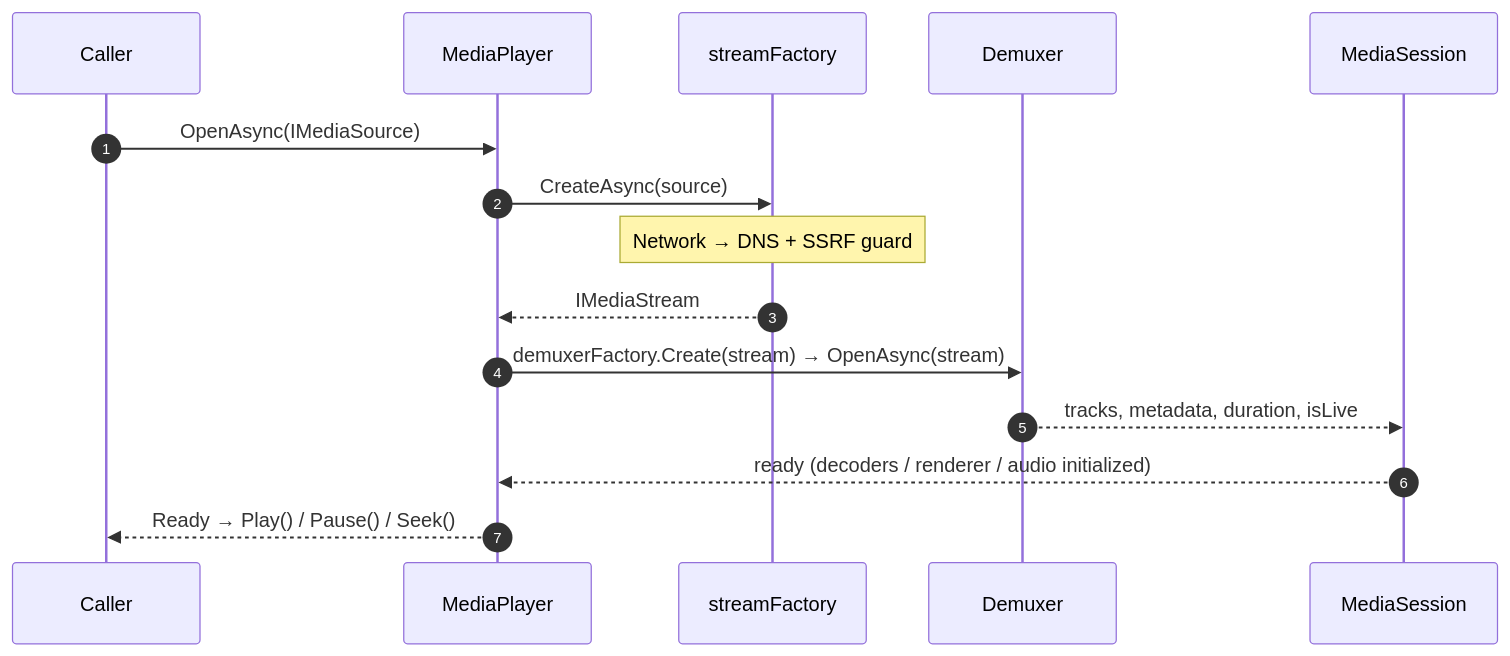
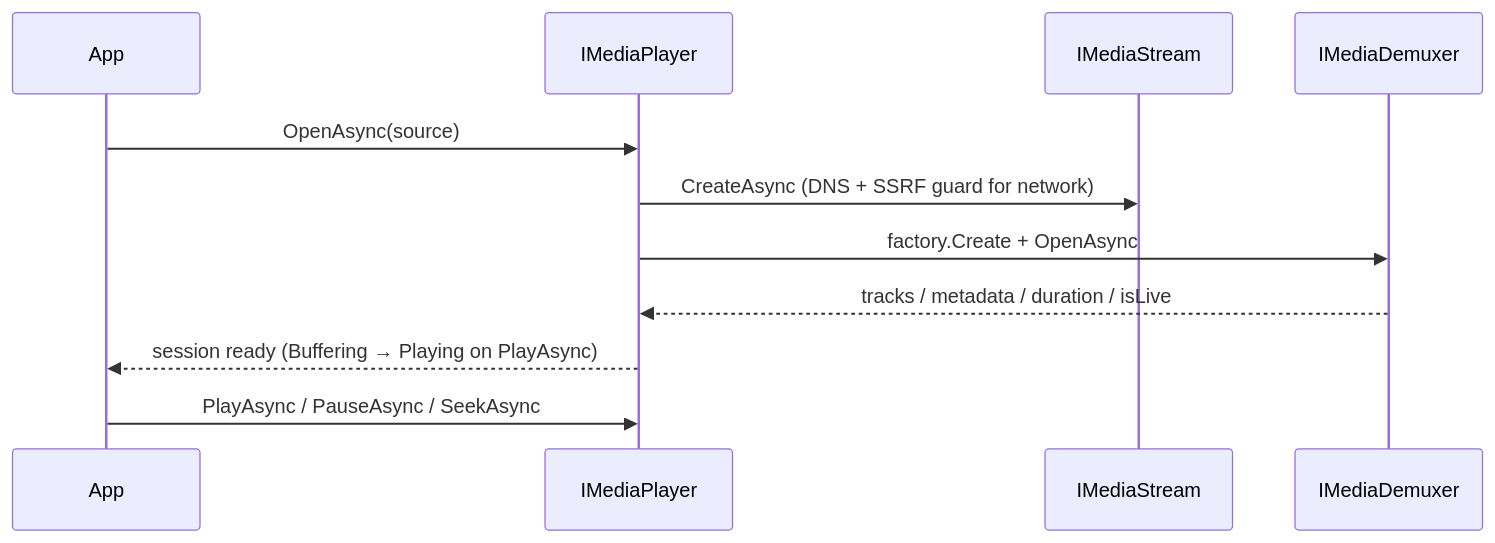
The second of 2 diagrams in docs/guide/backends.md (MoFeng-02/LingFan.Media), drawn with Mermaid before and after one commit. The commit also changed other lines of this file and 275 other files, not shown here.

````diff
--- a/docs/guide/backends.md
+++ b/docs/guide/backends.md
@@ -91,17 +76,13 @@
 ```mermaid
 sequenceDiagram
-    autonumber
-    participant Caller
-    participant Player as MediaPlayer
-    participant Factory as streamFactory
-    participant Demux as Demuxer
-    participant Session as MediaSession
-    Caller->>Player: OpenAsync(IMediaSource)
-    Player->>Factory: CreateAsync(source)
-    Note over Factory: Network → DNS + SSRF guard
-    Factory-->>Player: IMediaStream
-    Player->>Demux: demuxerFactory.Create(stream) → OpenAsync(stream)
-    Demux-->>Session: tracks, metadata, duration, isLive
-    Session-->>Player: ready (decoders / renderer / audio initialized)
-    Player-->>Caller: Ready → Play() / Pause() / Seek()
+    participant App
+    participant Player as IMediaPlayer
+    participant Stream as IMediaStream
+    participant Demux as IMediaDemuxer
+    App->>Player: OpenAsync(source)
+    Player->>Stream: CreateAsync (DNS + SSRF guard for network)
+    Player->>Demux: factory.Create + OpenAsync
+    Demux-->>Player: tracks / metadata / duration / isLive
+    Player-->>App: session ready (Buffering → Playing on PlayAsync)
+    App->>Player: PlayAsync / PauseAsync / SeekAsync
 ```
````
